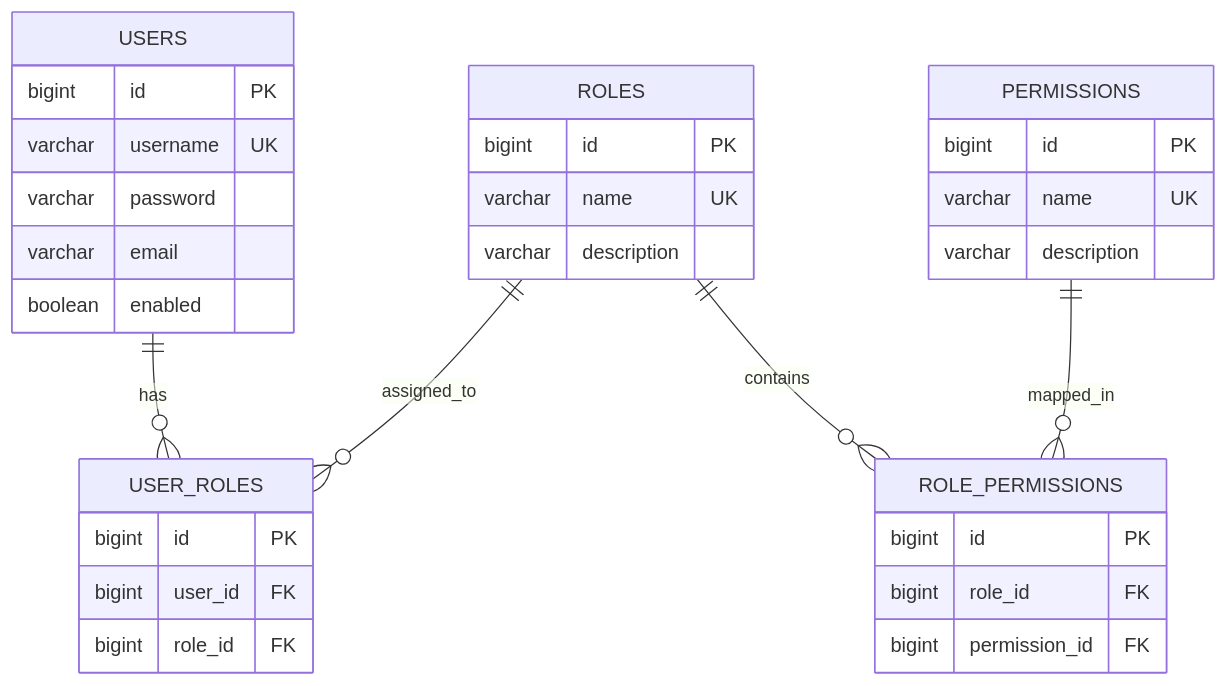
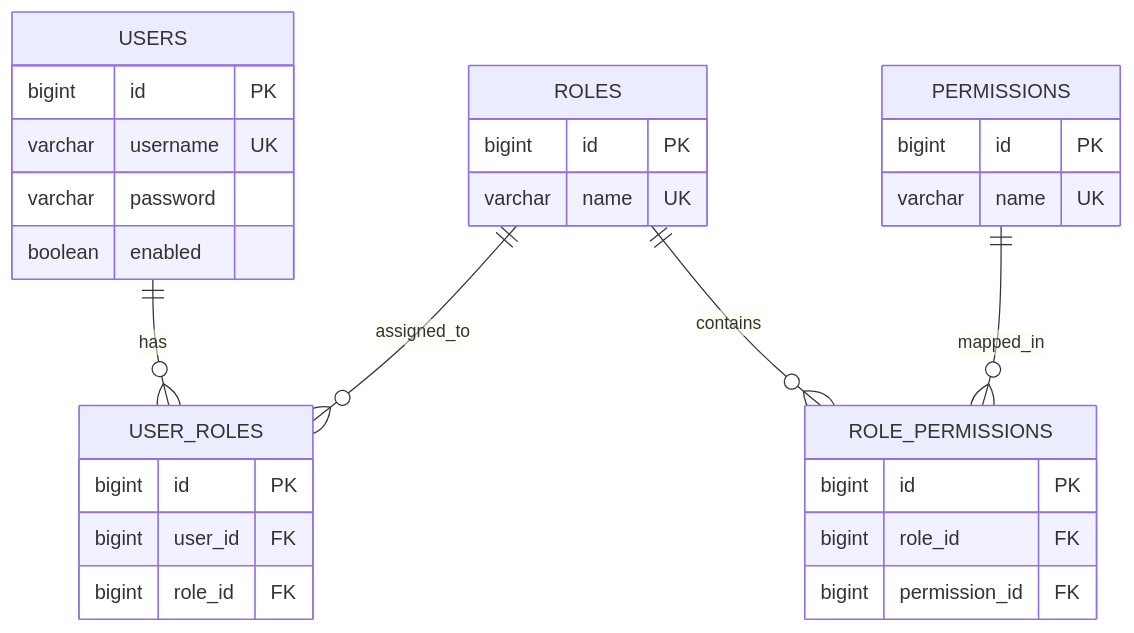
Before and after one commit to iamthevivek/RBAC-Authorization-Engine: the second of 2 diagrams in README.md, drawn with Mermaid. The commit also changed other lines of this file and 60 other files, not shown here.

````diff
--- a/README.md
+++ b/README.md
@@ -151,39 +83,36 @@
 ```mermaid
 erDiagram
     USERS ||--o{ USER_ROLES : has
     ROLES ||--o{ USER_ROLES : assigned_to
     ROLES ||--o{ ROLE_PERMISSIONS : contains
     PERMISSIONS ||--o{ ROLE_PERMISSIONS : mapped_in
 
     USERS {
         bigint id PK
         varchar username UK
         varchar password
-        varchar email
         boolean enabled
     }
 
     ROLES {
         bigint id PK
         varchar name UK
-        varchar description
     }
 
     PERMISSIONS {
         bigint id PK
         varchar name UK
-        varchar description
     }
 
     USER_ROLES {
         bigint id PK
         bigint user_id FK
         bigint role_id FK
     }
 
     ROLE_PERMISSIONS {
         bigint id PK
         bigint role_id FK
         bigint permission_id FK
     }
 ```
````
